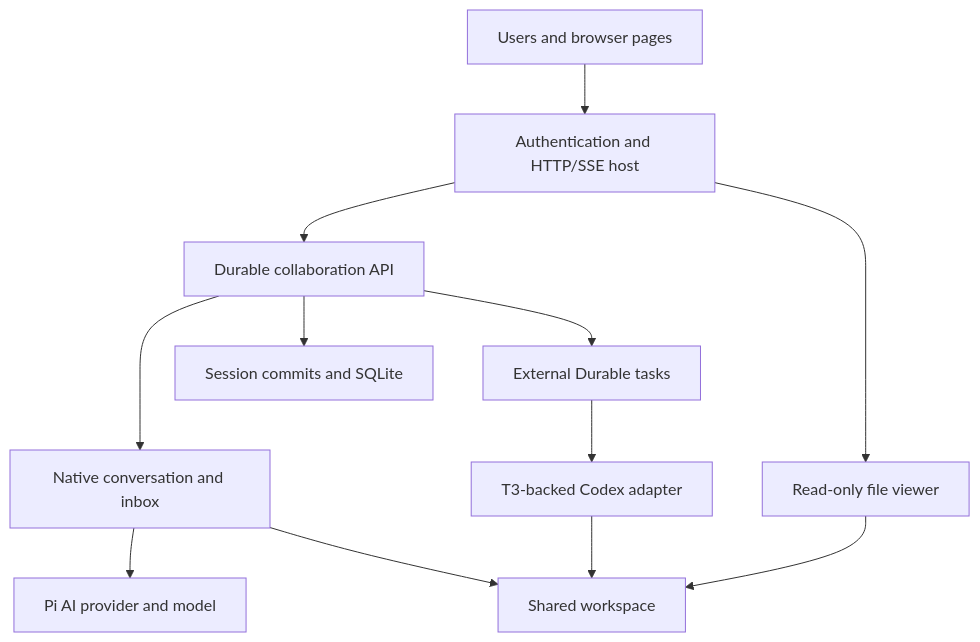
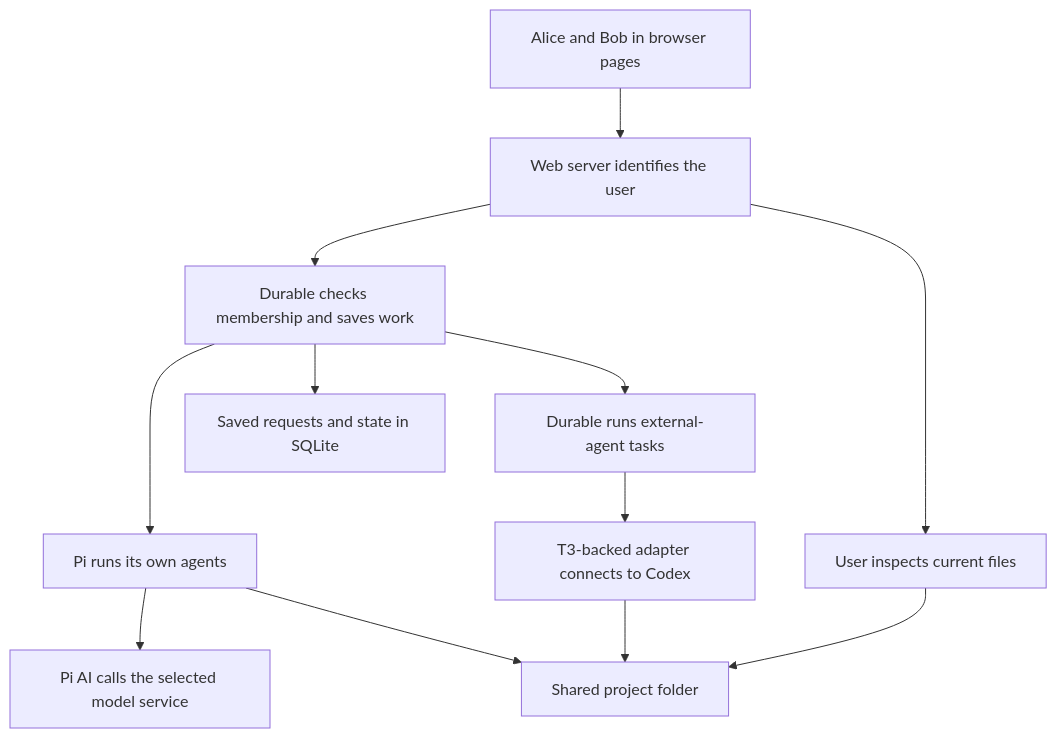
One commit to AlexWang233/pi changed the diagram in llm-wiki/01-architecture.md. Above: the diagram before and after it, drawn with Mermaid. The commit also changed other lines of this file and 10 other files, not shown here.

````diff
--- a/llm-wiki/01-architecture.md
+++ b/llm-wiki/01-architecture.md
@@ -46,14 +46,14 @@
 ```mermaid
 flowchart TD
-  users[Users and browser pages] --> host[Authentication and HTTP/SSE host]
-  host --> collaboration[Durable collaboration API]
-  collaboration --> native[Native conversation and inbox]
-  collaboration --> external[External Durable tasks]
-  native --> ai[Pi AI provider and model]
-  external --> adapter[T3-backed Codex adapter]
-  native --> workspace[Shared workspace]
+  users["Alice and Bob in browser pages"] --> host["Web server identifies the user"]
+  host --> collaboration["Durable checks membership and saves work"]
+  collaboration --> native["Pi runs its own agents"]
+  collaboration --> external["Durable runs external-agent tasks"]
+  native --> ai["Pi AI calls the selected model service"]
+  external --> adapter["T3-backed adapter connects to Codex"]
+  native --> workspace["Shared project folder"]
   adapter --> workspace
-  collaboration --> state[Session commits and SQLite]
-  host --> files[Read-only file viewer]
+  collaboration --> state["Saved requests and state in SQLite"]
+  host --> files["User inspects current files"]
   files --> workspace
 ```
````
